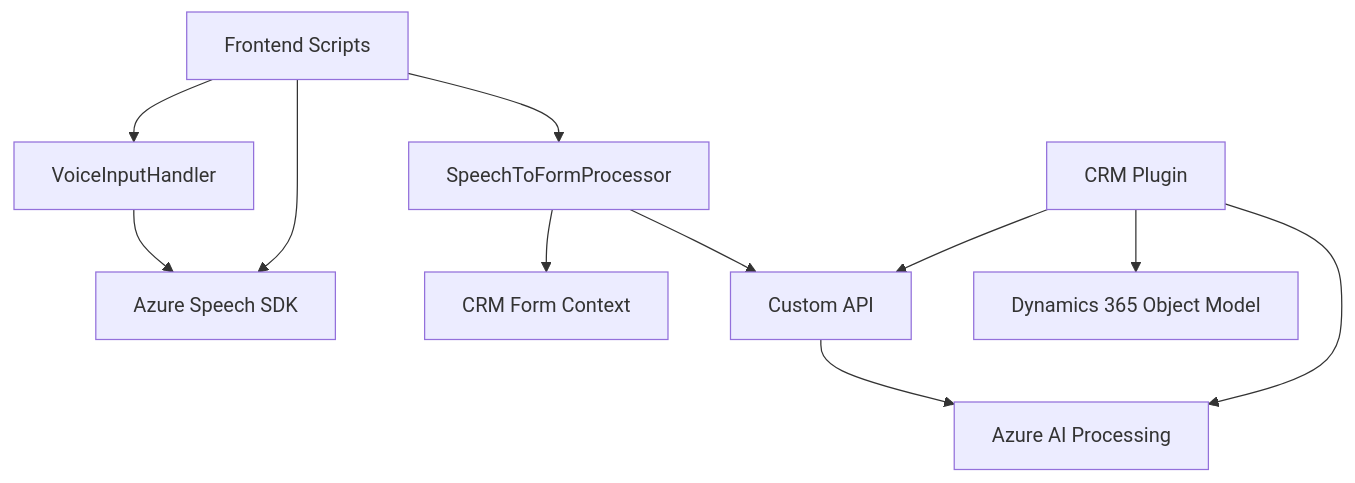
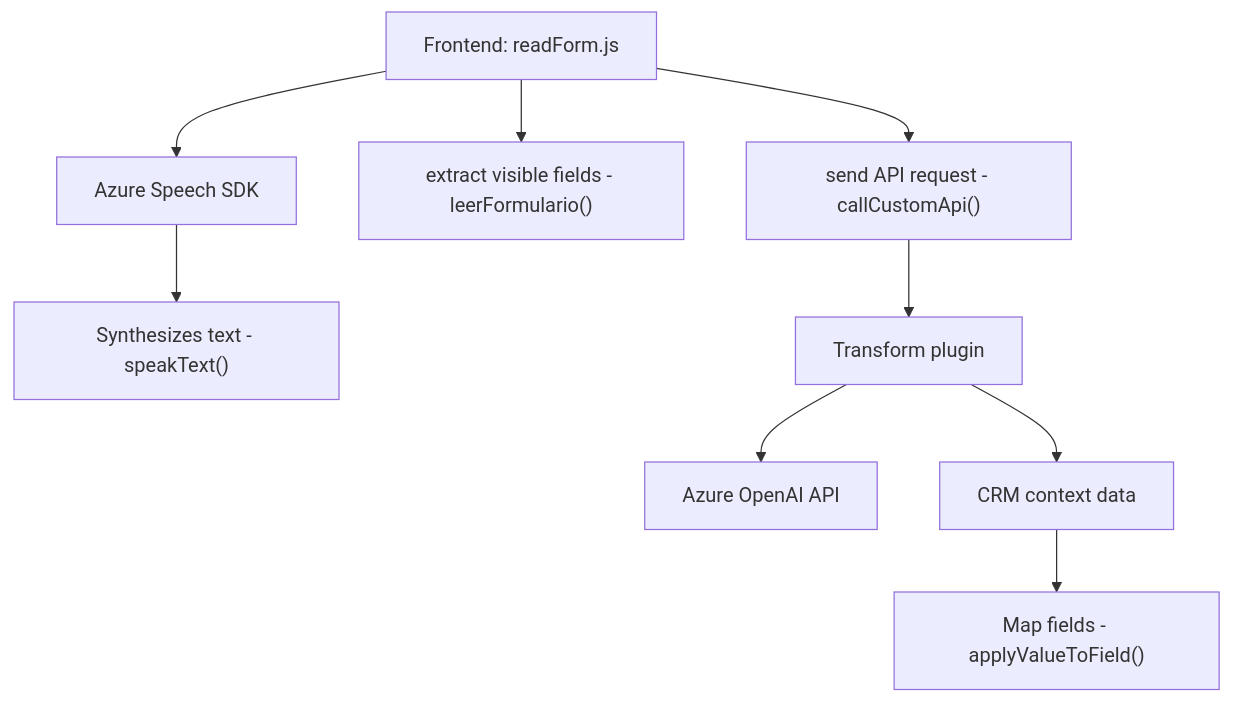
One commit to blopezdm/NETCORE_BILBAO2025 changed the diagram in README.md. Above: the diagram before and after it, drawn with Mermaid. The commit also changed other lines of this file, not shown here.

````diff
--- a/README.md
+++ b/README.md
@@ -47,14 +51,12 @@
 ```mermaid
 graph TD
-A["Frontend Scripts"] --> B["VoiceInputHandler"]
-A --> C["SpeechToFormProcessor"]
-B --> D["Azure Speech SDK"]
-C --> E["CRM Form Context"]
-C --> F["Custom API"]
-A --> D
-F --> G["Azure AI Processing"]
+    A["Frontend: readForm.js"] --> B["Azure Speech SDK"]
+    A --> C["extract visible fields - leerFormulario()"]
+    B --> D["Synthesizes text - speakText()"]
+    A --> E["send API request - callCustomApi()"]
+    E --> G["Backend: Plugins/TransformTextWithAzureAI.cs"]
 
-H["CRM Plugin"] --> F
-H --> G
-H --> I["Dynamics 365 Object Model"]
+    G["Transform plugin"] --> F["Azure OpenAI API"]
+    G --> H["CRM context data"]
+    H --> I["Map fields - applyValueToField()"]
 ```
````
